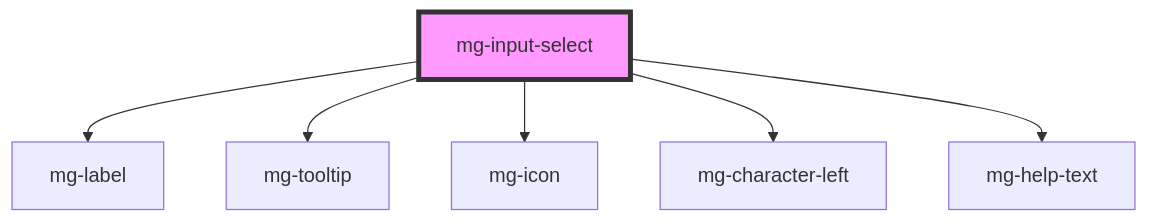
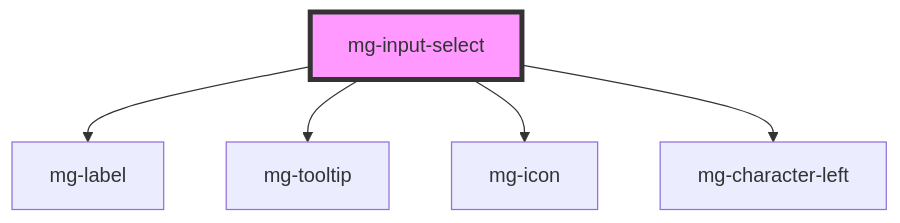
One commit to MGDIS/mg-components changed the diagram in src/components/molecules/inputs/mg-input-select/readme.md. Above: the diagram before and after it, drawn with Mermaid. The commit also changed other lines of this file and 26 other files, not shown here.

First line of the commit message:
style(mg-input): improve Accessibility / Remove mg-help-text / Define style

````diff
--- a/src/components/molecules/inputs/mg-input-select/readme.md
+++ b/src/components/molecules/inputs/mg-input-select/readme.md
@@ -45,9 +44,8 @@
 ```mermaid
 graph TD;
   mg-input-select --> mg-label
   mg-input-select --> mg-tooltip
   mg-input-select --> mg-icon
   mg-input-select --> mg-character-left
-  mg-input-select --> mg-help-text
   style mg-input-select fill:#f9f,stroke:#333,stroke-width:4px
 ```
````
